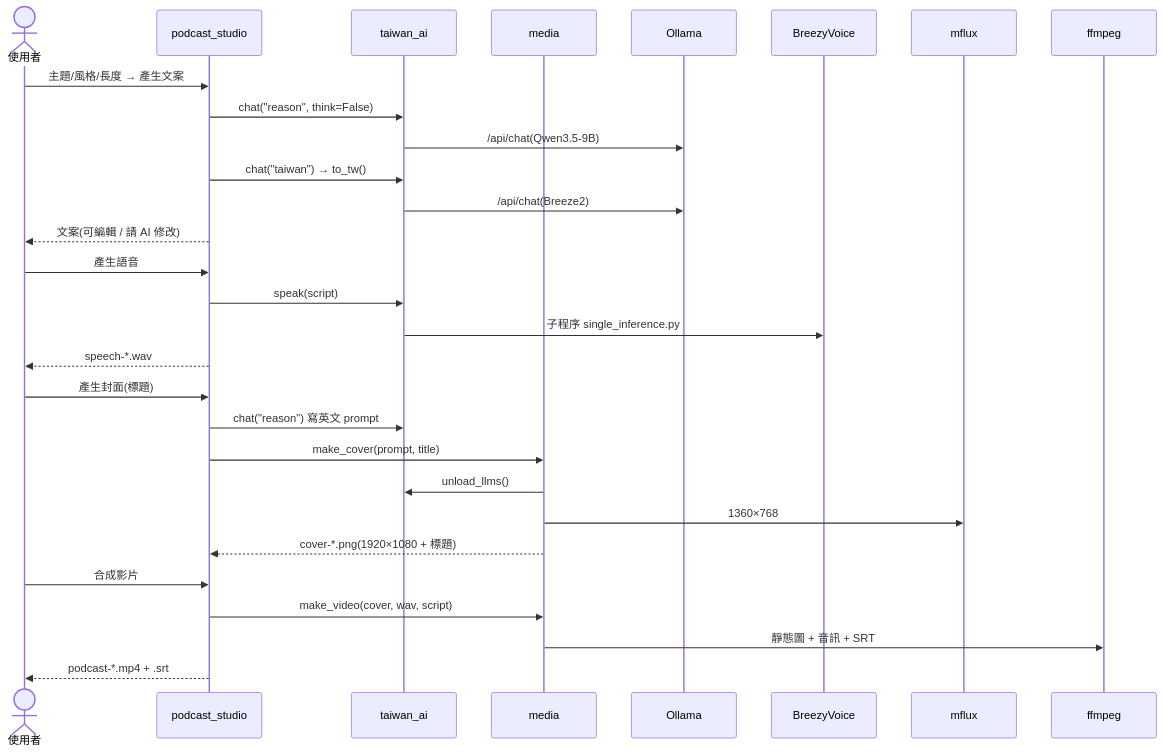
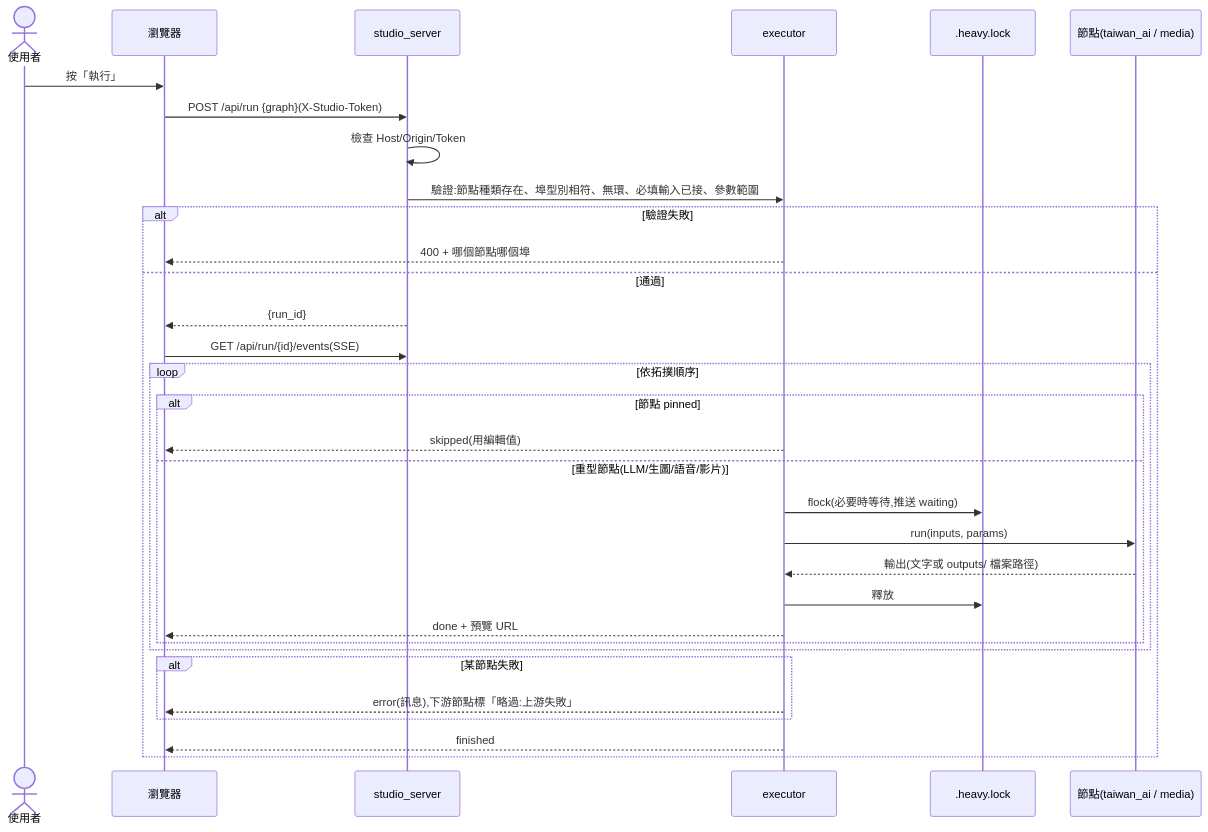
The second of 6 diagrams in docs/structure/logical.md (kamira/podcast-studio), drawn with Mermaid before and after one commit. The commit also changed other lines of this file and 11 other files, not shown here.

````diff
--- a/docs/structure/logical.md
+++ b/docs/structure/logical.md
@@ -64,32 +83,35 @@
 ```mermaid
 sequenceDiagram
   actor U as 使用者
-  participant W as podcast_studio
-  participant T as taiwan_ai
-  participant M as media
-  participant O as Ollama
-  participant B as BreezyVoice
-  participant F as mflux
-  participant X as ffmpeg
+  participant B as 瀏覽器
+  participant S as studio_server
+  participant E as executor
+  participant L as .heavy.lock
+  participant N as 節點(taiwan_ai / media)
 
-  U->>W: 主題/風格/長度 → 產生文案
-  W->>T: chat("reason", think=False)
-  T->>O: /api/chat(Qwen3.5-9B)
-  W->>T: chat("taiwan") → to_tw()
-  T->>O: /api/chat(Breeze2)
-  W-->>U: 文案(可編輯 / 請 AI 修改)
-  U->>W: 產生語音
-  W->>T: speak(script)
-  T->>B: 子程序 single_inference.py
-  W-->>U: speech-*.wav
-  U->>W: 產生封面(標題)
-  W->>T: chat("reason") 寫英文 prompt
-  W->>M: make_cover(prompt, title)
-  M->>T: unload_llms()
-  M->>F: 1360×768
-  M-->>W: cover-*.png(1920×1080 + 標題)
-  U->>W: 合成影片
-  W->>M: make_video(cover, wav, script)
-  M->>X: 靜態圖 + 音訊 + SRT
-  W-->>U: podcast-*.mp4 + .srt
+  U->>B: 按「執行」
+  B->>S: POST /api/run {graph}(X-Studio-Token)
+  S->>S: 檢查 Host/Origin/Token
+  S->>E: 驗證:節點種類存在、埠型別相符、無環、必填輸入已接、參數範圍
+  alt 驗證失敗
+    E-->>B: 400 + 哪個節點哪個埠
+  else 通過
+    S-->>B: {run_id}
+    B->>S: GET /api/run/{id}/events(SSE)
+    loop 依拓撲順序
+      alt 節點 pinned
+        E-->>B: skipped(用編輯值)
+      else 重型節點(LLM/生圖/語音/影片)
+        E->>L: flock(必要時等待,推送 waiting)
+        E->>N: run(inputs, params)
+        N-->>E: 輸出(文字或 outputs/ 檔案路徑)
+        E->>L: 釋放
+        E-->>B: done + 預覽 URL
+      end
+    end
+    alt 某節點失敗
+      E-->>B: error(訊息),下游節點標「略過:上游失敗」
+    end
+    E-->>B: finished
+  end
 ```
````
